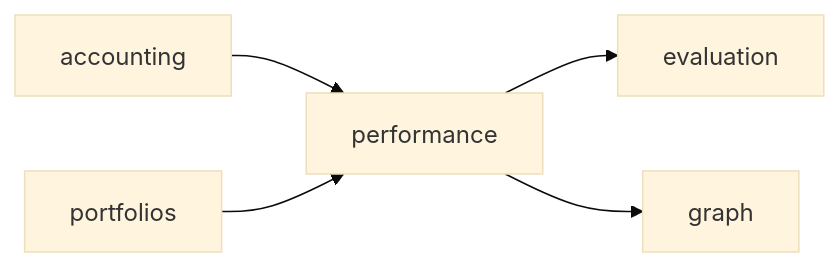
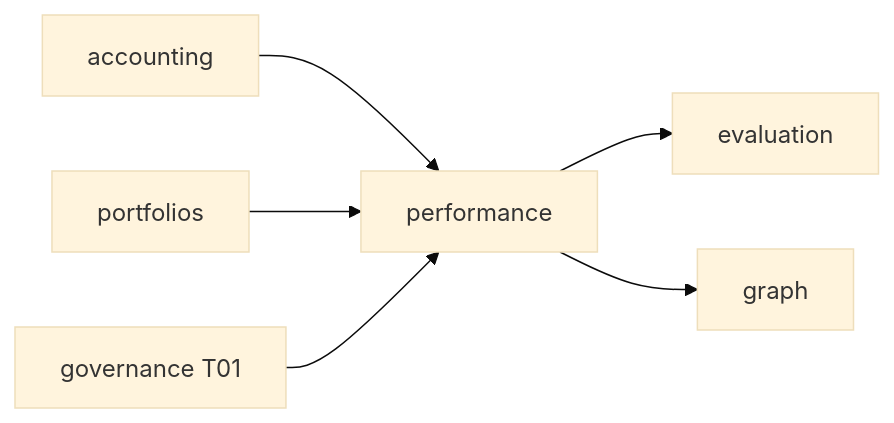
Before and after one commit to jcafeitosa/anxionOS: the diagram in docs/orchestration/modules/performance/R06-dependencies.md, drawn with Mermaid (base theme). The commit also changed other lines of this file and 2 other files, not shown here.

````diff
--- a/docs/orchestration/modules/performance/R06-dependencies.md
+++ b/docs/orchestration/modules/performance/R06-dependencies.md
@@ -34,7 +47,8 @@
 ```mermaid
 flowchart LR
   acc[accounting] --> pf[performance]
   port[portfolios] --> pf
+  gov[governance T01] --> pf
   pf --> evl[evaluation]
   pf --> grp[graph]
 ```
````
